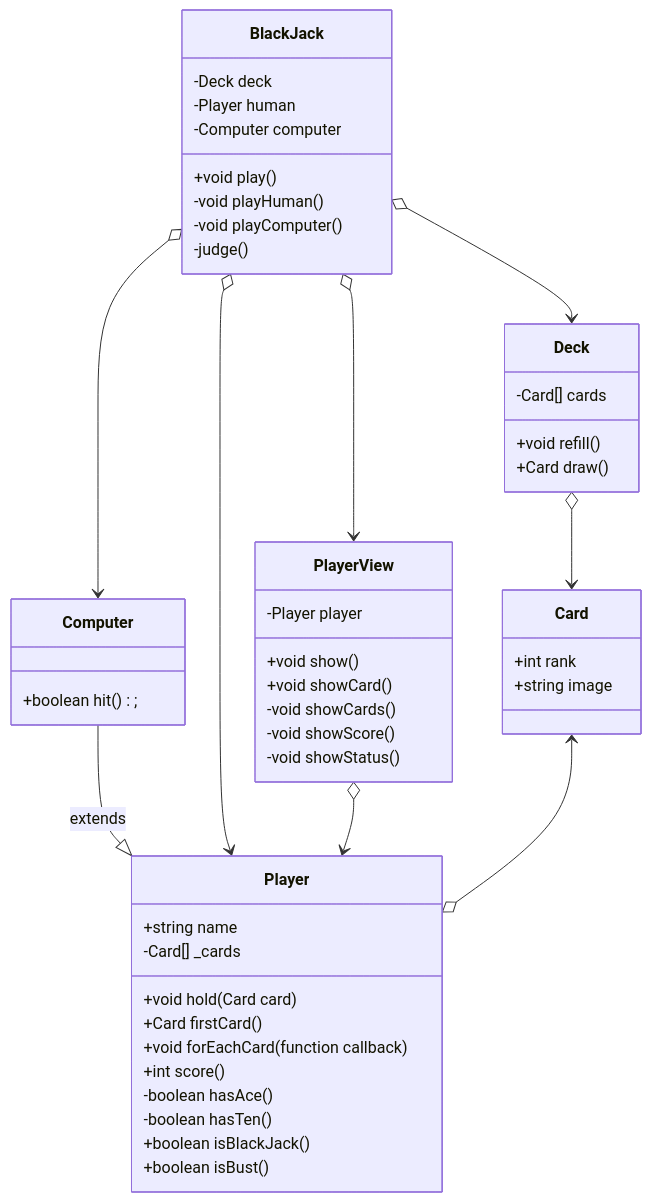
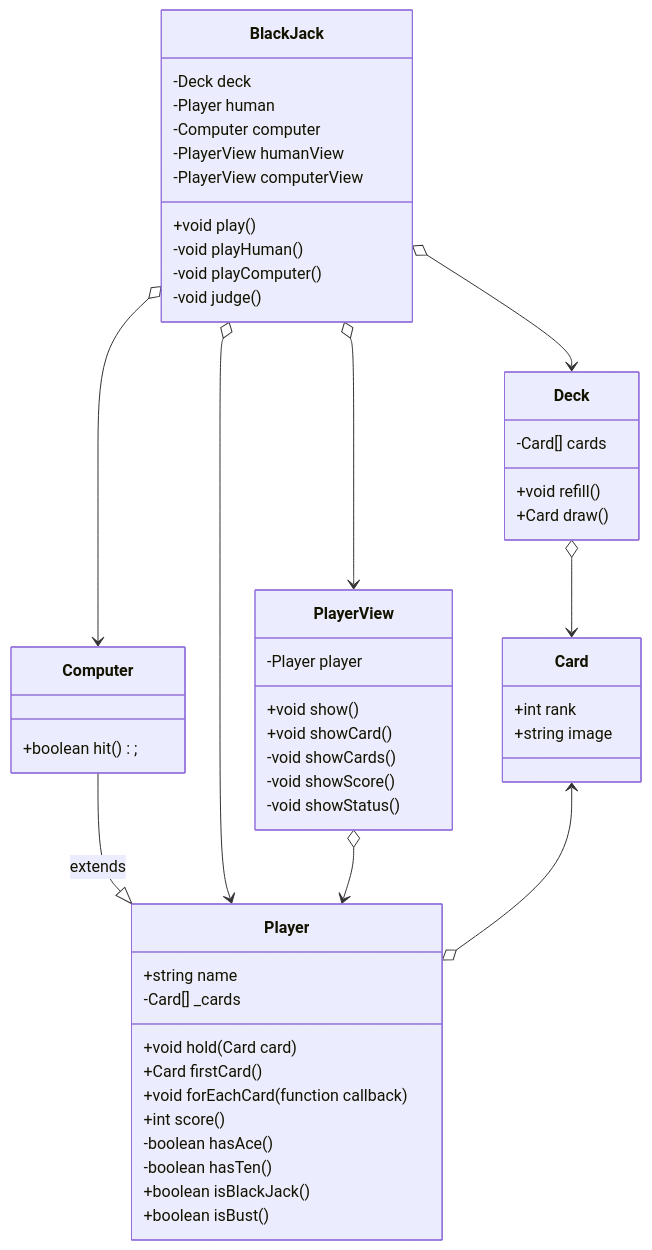
Before and after one commit to shiracamus/webBlackJack: the diagram in classes.md, drawn with Mermaid.

Commit message:
fix: add PlayerView properties into BlackJack, add return time to judge()

````diff
--- a/classes.md
+++ b/classes.md
@@ -43,59 +43,61 @@
 ```mermaid
 classDiagram
 
 class Card {
     +int rank
     +string image
 }
 
 class Deck {
     -Card[] cards
     +void refill()
     +Card draw()
 }
 
 class Player {
     +string name
     -Card[] _cards
     +void hold(Card card)
     +Card firstCard()
     +void forEachCard(function callback)
     +int score()
     -boolean hasAce()
     -boolean hasTen()
     +boolean isBlackJack()
     +boolean isBust()
 }
 
 class Computer {
     +boolean hit();
 }
 
 class BlackJack {
     -Deck deck
     -Player human
     -Computer computer
+    -PlayerView humanView
+    -PlayerView computerView
     +void play()
     -void playHuman()
     -void playComputer()
-    -judge()
+    -void judge()
 }
 
 class PlayerView {
     -Player player
     +void show()
     +void showCard()
     -void showCards()
     -void showScore()
     -void showStatus()
 }
 
 Computer --|> Player : extends
 BlackJack o--> Deck
 BlackJack o--> Player
 BlackJack o--> Computer
 BlackJack o--> PlayerView
 PlayerView o--> Player
 Deck o--> Card
 Card <--o Player
 ```
````
